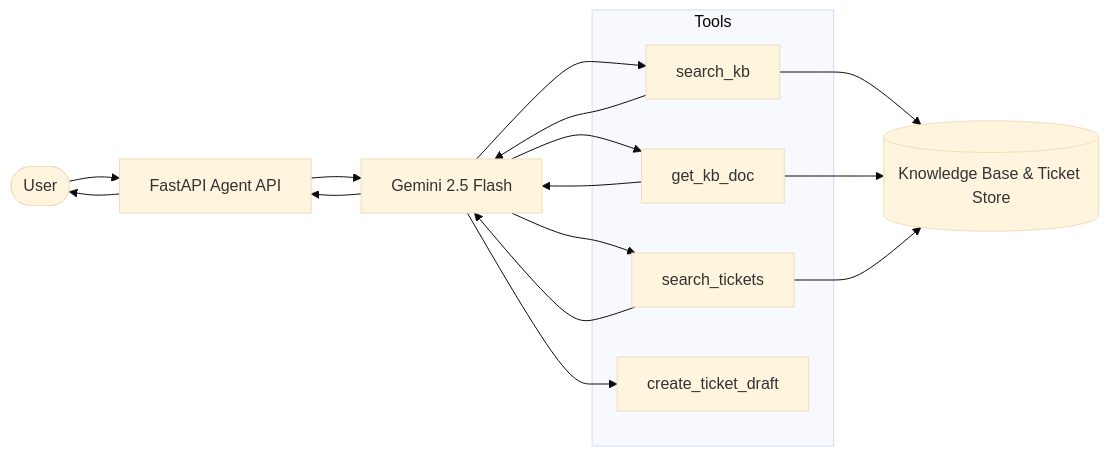
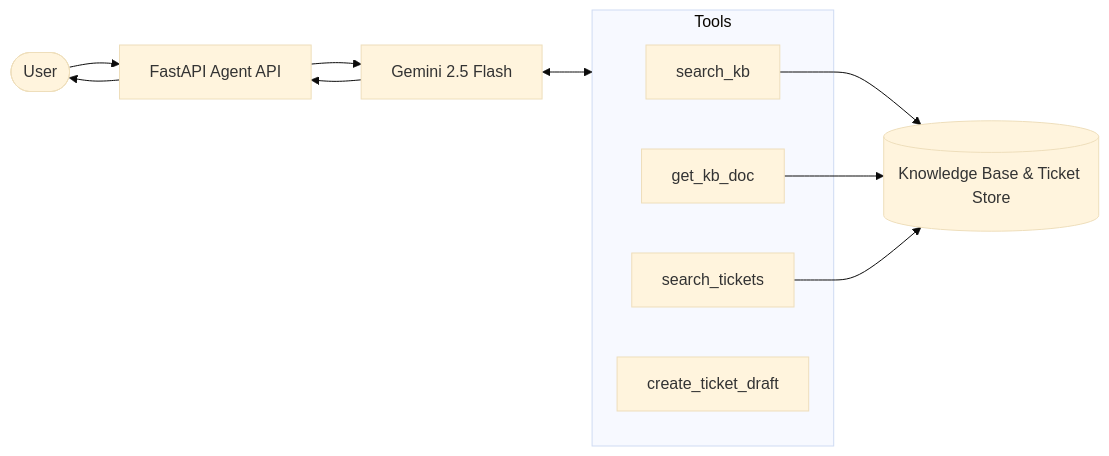
Before and after one commit to kbkbShang/mcp-gemini-support-agent: the diagram in README.md, drawn with Mermaid (base theme).

````diff
--- a/README.md
+++ b/README.md
@@ -75,36 +75,32 @@
 ```mermaid
 flowchart LR
 
     User([User])
 
     Agent[FastAPI Agent API]
 
     Gemini[Gemini 2.5 Flash]
 
     subgraph Tools
         KB[search_kb]
         DOC[get_kb_doc]
         TICKET[search_tickets]
         DRAFT[create_ticket_draft]
     end
 
     Data[(Knowledge Base & Ticket Store)]
 
     User --> Agent
+
     Agent --> Gemini
 
-    Gemini --> KB
-    KB --> Gemini
-    Gemini --> DOC
-    DOC --> Gemini
-    Gemini --> TICKET
-    TICKET --> Gemini
-    Gemini --> DRAFT
+    Gemini <--> Tools
 
     KB --> Data
     DOC --> Data
     TICKET --> Data
 
     Gemini --> Agent
+
     Agent --> User
 ```
````
